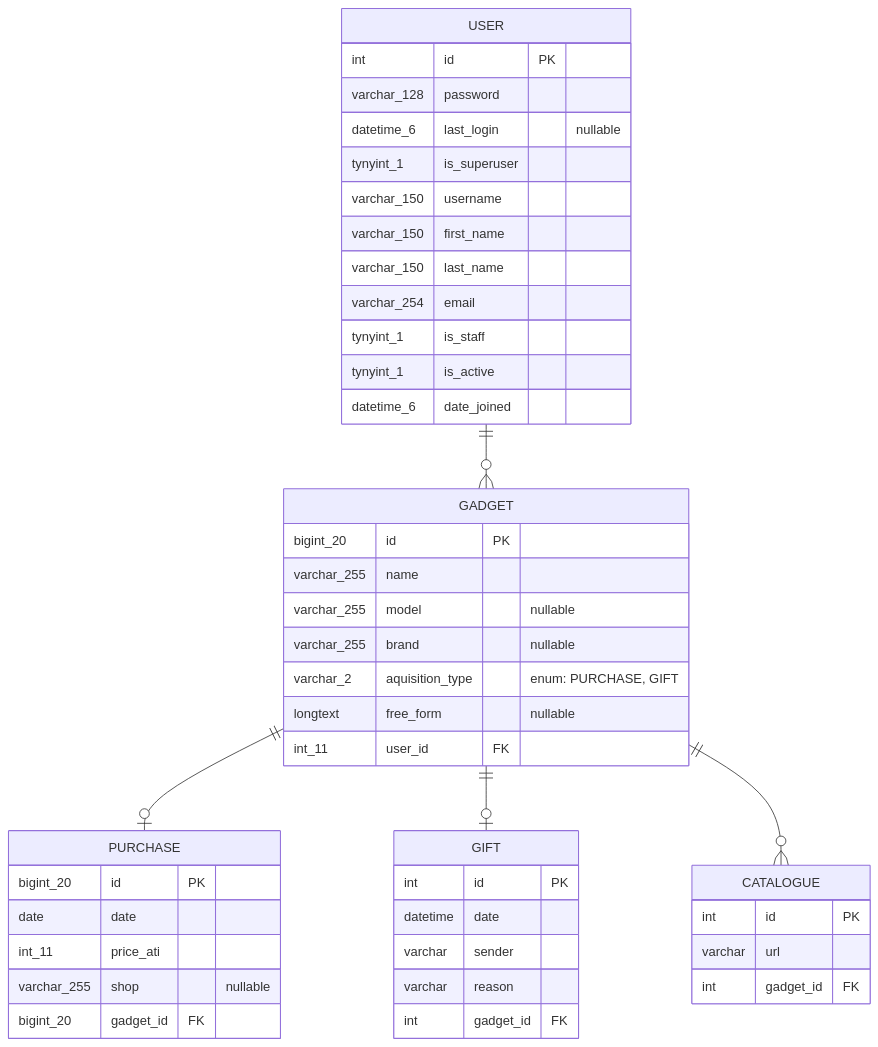
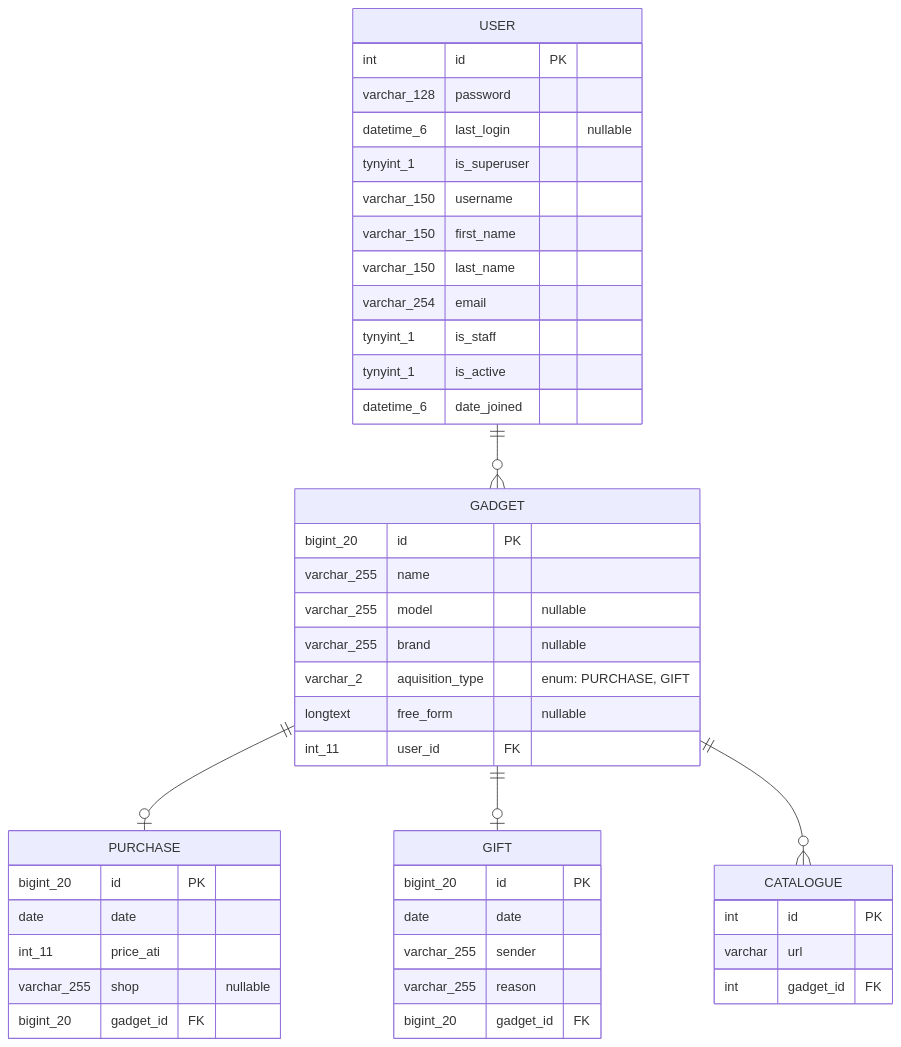
The diagram in docs/er_diagram.md (lynxlevin/gadget_collection), drawn with Mermaid before and after one commit. The commit also changed 2 other files, not shown here.

Commit message:
add Gift model

````diff
--- a/docs/er_diagram.md
+++ b/docs/er_diagram.md
@@ -1,49 +1,49 @@
 ```mermaid
 erDiagram
     USER ||--o{ GADGET : ""
     USER {
         int id PK
         varchar_128 password
         datetime_6 last_login "nullable"
         tynyint_1 is_superuser
         varchar_150 username
         varchar_150 first_name
         varchar_150 last_name
         varchar_254 email
         tynyint_1 is_staff
         tynyint_1 is_active
         datetime_6 date_joined
     }
     GADGET ||--o| PURCHASE : ""
     GADGET ||--o| GIFT : ""
     GADGET ||--o{ CATALOGUE : ""
     GADGET {
         bigint_20 id PK
         varchar_255 name
         varchar_255 model "nullable"
         varchar_255 brand "nullable"
         varchar_2 aquisition_type "enum: PURCHASE, GIFT"
         longtext free_form "nullable"
         int_11 user_id FK
     }
     PURCHASE {
         bigint_20 id PK
         date date
         int_11 price_ati
         varchar_255 shop "nullable"
         bigint_20 gadget_id FK
     }
     GIFT {
-        int id PK
-        datetime date
-        varchar sender
-        varchar reason
-        int gadget_id FK
+        bigint_20 id PK
+        date date
+        varchar_255 sender
+        varchar_255 reason
+        bigint_20 gadget_id FK
     }
     CATALOGUE {
         int id PK
         varchar url
         int gadget_id FK
     }
 
 ```
````
